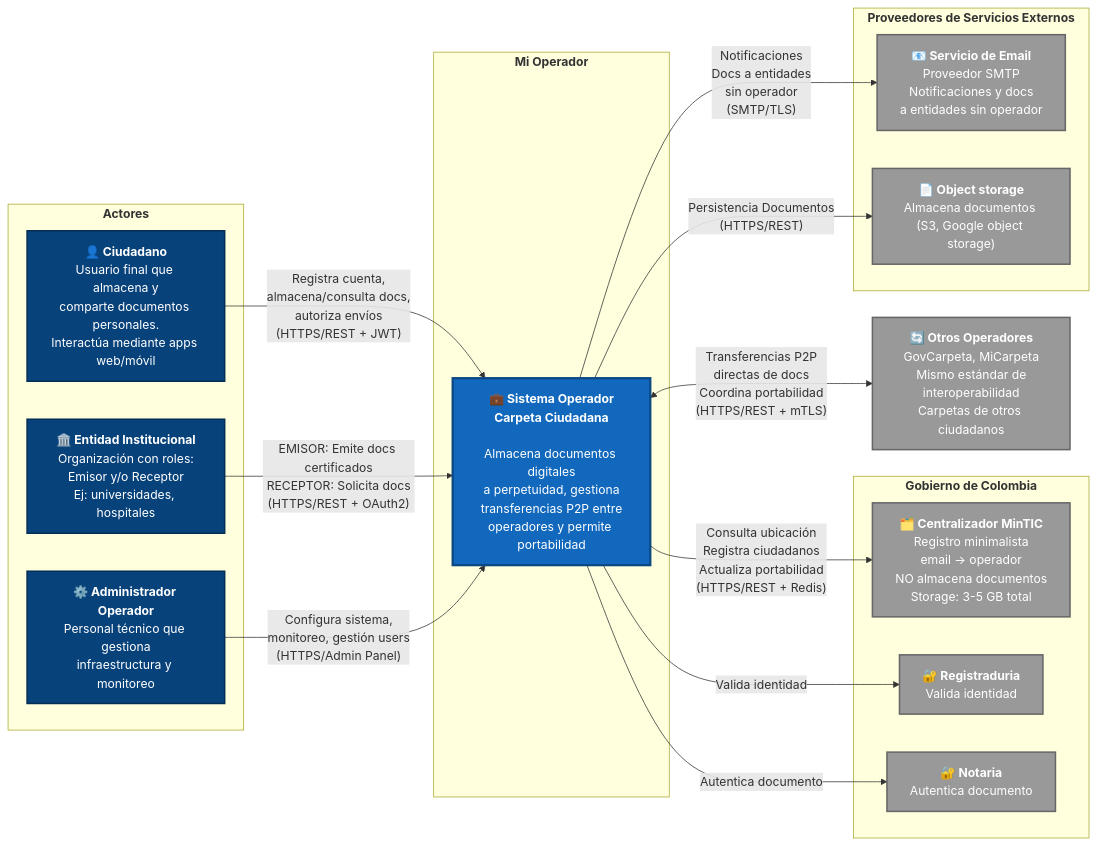
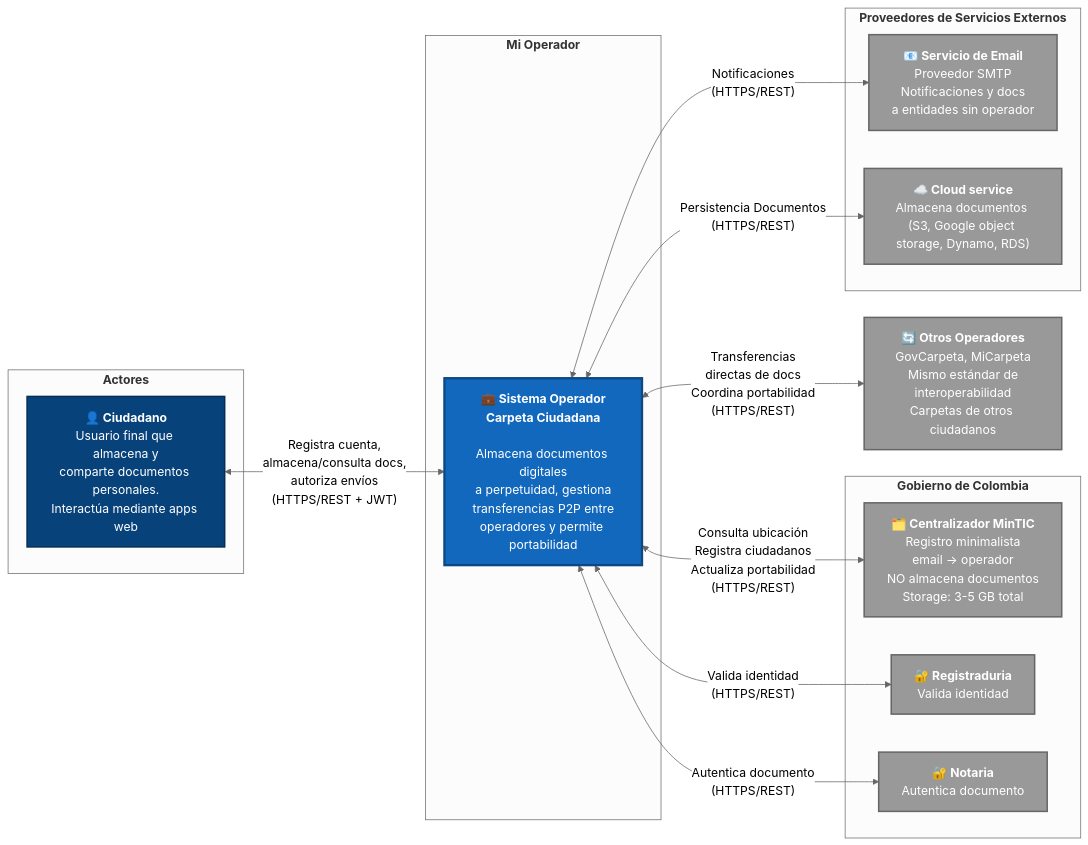
Before and after one commit to edwaraco/carpetaCiudadana: the first of 2 diagrams in docs/c4_diagrams.md, drawn with Mermaid. The commit also changed other lines of this file, not shown here.

First line of the commit message:
feat(architecture): Update diagrams according to new scope

````diff
--- a/docs/c4_diagrams.md
+++ b/docs/c4_diagrams.md
@@ -15,66 +15,63 @@
 ```mermaid
-graph LR
+flowchart LR
+    %%{init: {'theme': 'neutral', "flowchart" : { "curve" : "basis" } } }%%
     %% ============================================
     %% ACTORES (Izquierda)
     %% ============================================
     subgraph actors["<b>Actores</b>"]
-        ciudadano["<b>👤 Ciudadano</b><br/>Usuario final que almacena y<br/>comparte documentos personales.<br/>Interactúa mediante apps web/móvil"]
-        entidad["<b>🏛️ Entidad Institucional</b><br/>Organización con roles:<br/>Emisor y/o Receptor<br/>Ej: universidades, hospitales"]
-        admin["<b>⚙️ Administrador Operador</b><br/>Personal técnico que gestiona<br/>infraestructura y monitoreo"]
+        ciudadano["<b>👤 Ciudadano</b><br/>Usuario final que almacena y<br/>comparte documentos personales.<br/>Interactúa mediante apps web"]
     end
 
     %% ============================================
     %% SISTEMA PRINCIPAL (Centro)
     %% ============================================
     subgraph operator["<b>Mi Operador</b>"]
         carpeta["<b>💼 Sistema Operador<br/>Carpeta Ciudadana</b><br/><br/>Almacena documentos digitales<br/>a perpetuidad, gestiona<br/>transferencias P2P entre<br/>operadores y permite portabilidad"]
     end
 
     %% ============================================
     %% SISTEMAS EXTERNOS (Derecha)
     %% ============================================
     
     subgraph gov["<b>Gobierno de Colombia</b>"]
         mintic["<b>🗂️ Centralizador MinTIC</b><br/>Registro minimalista<br/>email → operador<br/>NO almacena documentos<br/>Storage: 3-5 GB total"]
         gov_auth["<b>🔐 Registraduria</b><br/>Valida identidad"]
         gov_authorization["<b>🔐 Notaria</b><br/>Autentica documento"]
     end
 
     otro_operador["<b>🔄 Otros Operadores</b><br/>GovCarpeta, MiCarpeta<br/>Mismo estándar de<br/>interoperabilidad<br/>Carpetas de otros ciudadanos"]
 
     subgraph providers["<b>Proveedores de Servicios Externos</b>"]
         email["<b>📧 Servicio de Email</b><br/>Proveedor SMTP<br/>Notificaciones y docs<br/>a entidades sin operador"]
-        object_storage["<b>📄 Object storage</b><br/>Almacena documentos (S3, Google object storage)"]
+        cloud_service["<b>☁️ Cloud service</b><br/>Almacena documentos (S3, Google object storage, Dynamo, RDS)"]
     end
 
     %% ============================================
     %% RELACIONES: Actores → Sistema
     %% ============================================
-    ciudadano -->|"Registra cuenta,<br/>almacena/consulta docs,<br/>autoriza envíos<br/>(HTTPS/REST + JWT)"| carpeta
-    entidad -->|"EMISOR: Emite docs certificados<br/>RECEPTOR: Solicita docs<br/>(HTTPS/REST + OAuth2)"| carpeta
-    admin -->|"Configura sistema,<br/>monitoreo, gestión users<br/>(HTTPS/Admin Panel)"| carpeta
+    ciudadano <-->|"Registra cuenta,<br/>almacena/consulta docs,<br/>autoriza envíos<br/>(HTTPS/REST + JWT)"| carpeta
 
     %% ============================================
     %% RELACIONES: Sistema → Externos
     %% ============================================
-    carpeta -->|"Consulta ubicación<br/>Registra ciudadanos<br/>Actualiza portabilidad<br/>(HTTPS/REST + Redis)"| mintic
-    carpeta -->|"Valida identidad"| gov_auth
-    carpeta -->|"Autentica documento"| gov_authorization
+    carpeta <-->|"Consulta ubicación<br/>Registra ciudadanos<br/>Actualiza portabilidad<br/>(HTTPS/REST)"| mintic
+    carpeta <-->|"Valida identidad<br/>(HTTPS/REST)"| gov_auth
+    carpeta <-->|"Autentica documento<br/>(HTTPS/REST)"| gov_authorization
     
-    carpeta <-->|"Transferencias P2P<br/>directas de docs<br/>Coordina portabilidad<br/>(HTTPS/REST + mTLS)"| otro_operador
+    carpeta <-->|"Transferencias<br/>directas de docs<br/>Coordina portabilidad<br/>(HTTPS/REST)"| otro_operador
     
-    carpeta -->|"Notificaciones<br/>Docs a entidades<br/>sin operador<br/>(SMTP/TLS)"| email
-    carpeta -->|"Persistencia Documentos<br/>(HTTPS/REST)"| object_storage
+    carpeta <-->|"Notificaciones<br/>(HTTPS/REST)"| email
+    carpeta <-->|"Persistencia Documentos<br/>(HTTPS/REST)"| cloud_service
 
     %% ============================================
     %% ESTILOS
     %% ============================================
     classDef actorStyle fill:#08427B,stroke:#052E56,color:#fff,stroke-width:2px
     classDef systemStyle fill:#1168BD,stroke:#0B4884,color:#fff,stroke-width:3px
     classDef externalStyle fill:#999999,stroke:#666666,color:#fff,stroke-width:2px
     classDef boundaryStyle fill:#ffffff,stroke:#444444,stroke-width:2px,stroke-dasharray:5 5
 
     class ciudadano,entidad,admin actorStyle
     class carpeta systemStyle
-    class mintic,gov_auth,otro_operador,email,object_storage,gov_authorization externalStyle
+    class mintic,gov_auth,otro_operador,email,cloud_service,gov_authorization externalStyle
 ```
````
